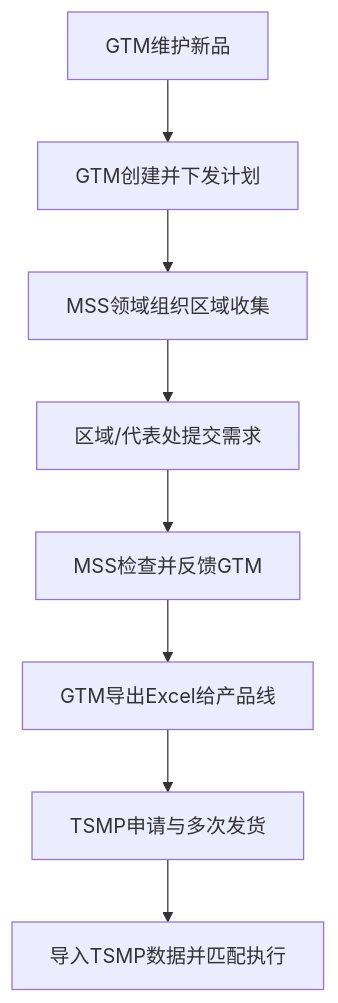
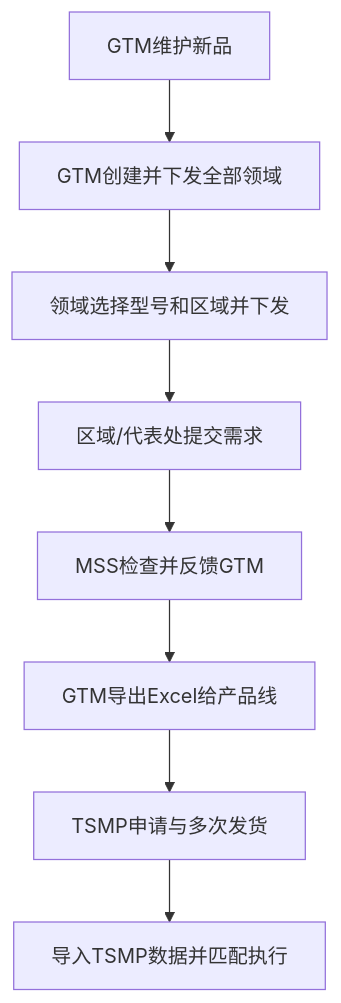
Before and after one commit to ivan526/sample: the first of 2 diagrams in docs/MSS-sample-stocking-platform-PRD-v1.0.md, drawn with Mermaid. The commit also changed other lines of this file and 14 other files, not shown here.

````diff
--- a/docs/MSS-sample-stocking-platform-PRD-v1.0.md
+++ b/docs/MSS-sample-stocking-platform-PRD-v1.0.md
@@ -95,10 +96,10 @@
 ```mermaid
 flowchart TD
-  A["GTM维护新品"] --> B["GTM创建并下发计划"]
-  B --> C["MSS领域组织区域收集"]
+  A["GTM维护新品"] --> B["GTM创建并下发全部领域"]
+  B --> C["领域选择型号和区域并下发"]
   C --> D["区域/代表处提交需求"]
   D --> E["MSS检查并反馈GTM"]
   E --> F["GTM导出Excel给产品线"]
   F --> G["TSMP申请与多次发货"]
   G --> H["导入TSMP数据并匹配执行"]
 ```
````
